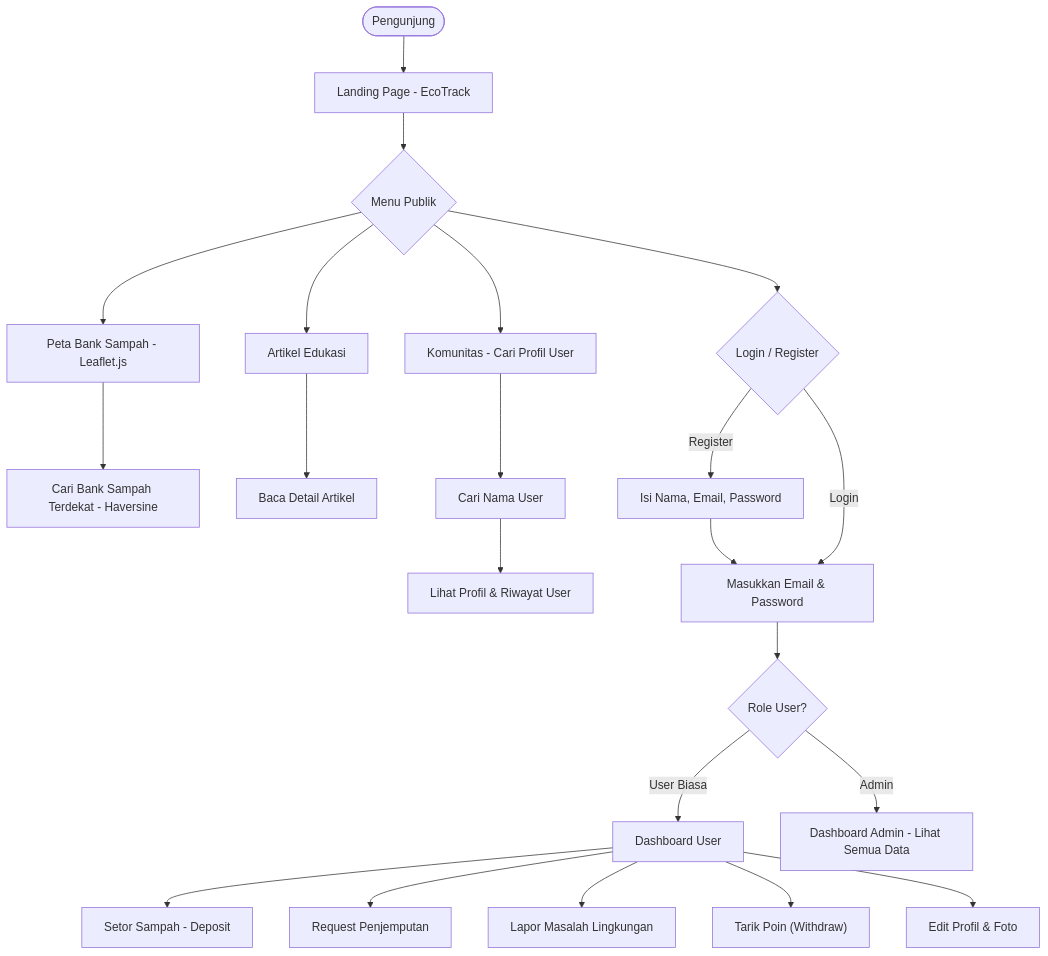
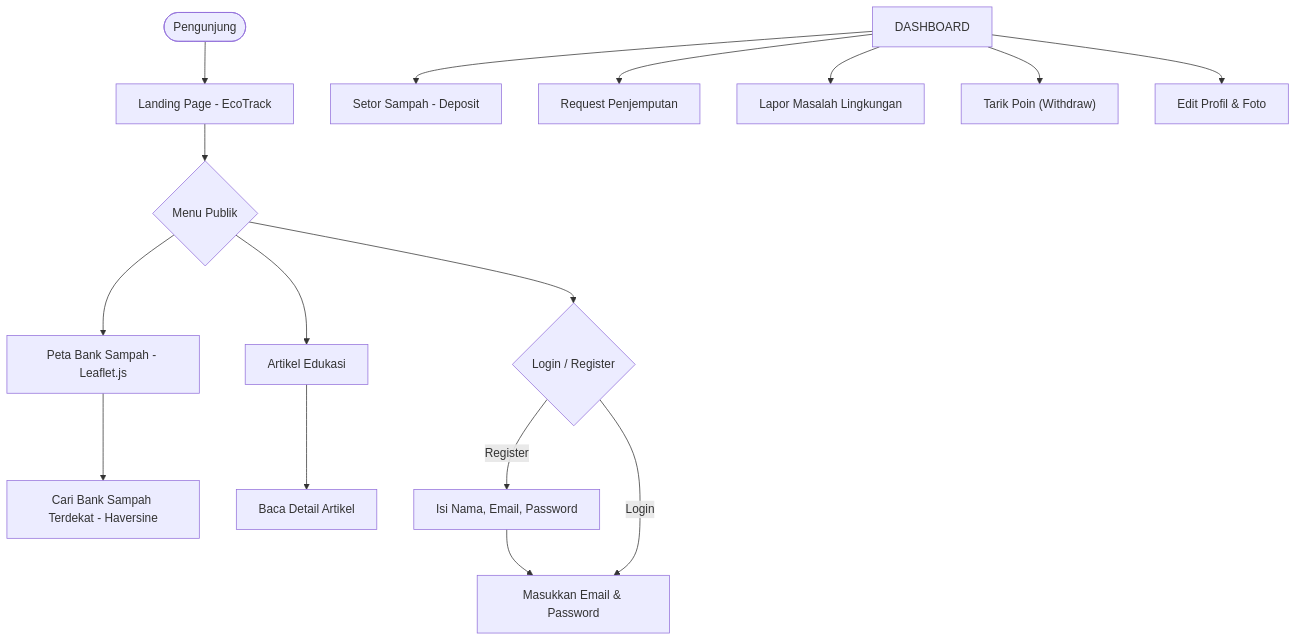
Before and after one commit to cimengabu/webPjbl: the first of 2 diagrams in README.md, drawn with Mermaid. The commit also changed other lines of this file, not shown here.

First line of the commit message:
Remove community and admin management sections

````diff
--- a/README.md
+++ b/README.md
@@ -46,28 +46,21 @@
 ```mermaid
 flowchart TD
     START([Pengunjung]) --> LANDING[Landing Page - EcoTrack]
     LANDING --> PUBLIC_MENU{Menu Publik}
     PUBLIC_MENU --> PETA[Peta Bank Sampah - Leaflet.js]
     PUBLIC_MENU --> ARTIKEL_LIST[Artikel Edukasi]
-    PUBLIC_MENU --> KOMUNITAS[Komunitas - Cari Profil User]
     PUBLIC_MENU --> AUTH{Login / Register}
 
     PETA --> NEARBY[Cari Bank Sampah Terdekat - Haversine]
     ARTIKEL_LIST --> ARTIKEL_DETAIL[Baca Detail Artikel]
-    KOMUNITAS --> SEARCH[Cari Nama User]
-    SEARCH --> PROFIL_USER[Lihat Profil & Riwayat User]
 
     AUTH -->|Register| REG[Isi Nama, Email, Password]
     REG --> LOGIN
     AUTH -->|Login| LOGIN[Masukkan Email & Password]
-    LOGIN --> IS_ADMIN{Role User?}
-
-    IS_ADMIN -->|User Biasa| DASHBOARD[Dashboard User]
-    IS_ADMIN -->|Admin| DASHBOARD_ADMIN[Dashboard Admin - Lihat Semua Data]
 
     DASHBOARD --> D_DEPOSIT[Setor Sampah - Deposit]
     DASHBOARD --> D_PICKUP[Request Penjemputan]
     DASHBOARD --> D_REPORT[Lapor Masalah Lingkungan]
     DASHBOARD --> D_WITHDRAW["Tarik Poin (Withdraw)"]
     DASHBOARD --> D_PROFILE[Edit Profil & Foto]
 ```
````
